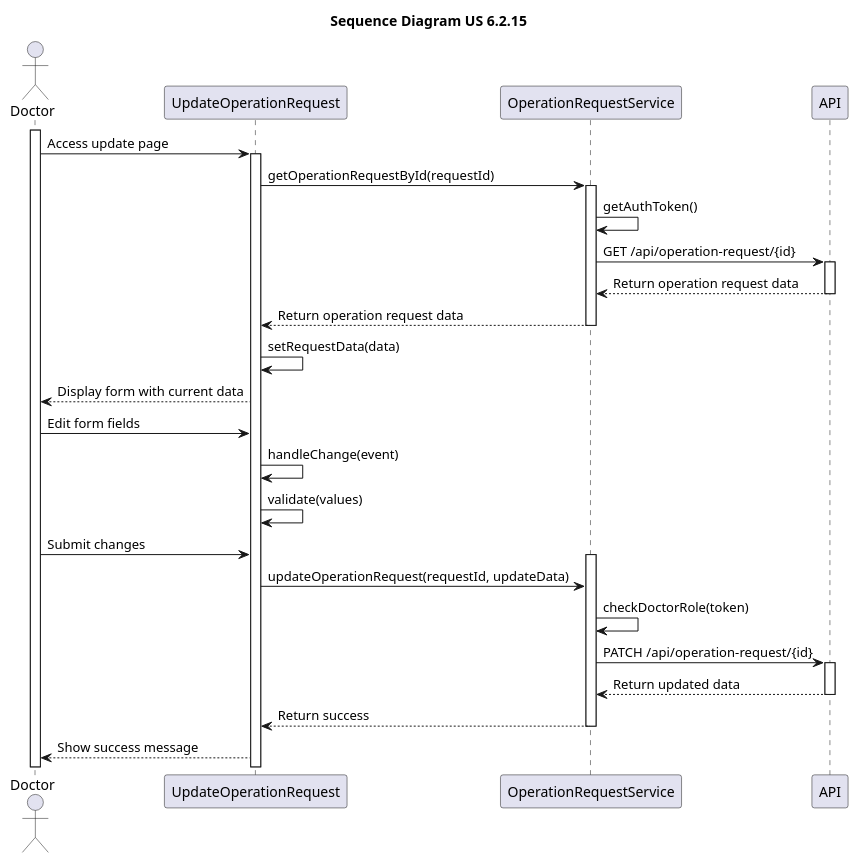
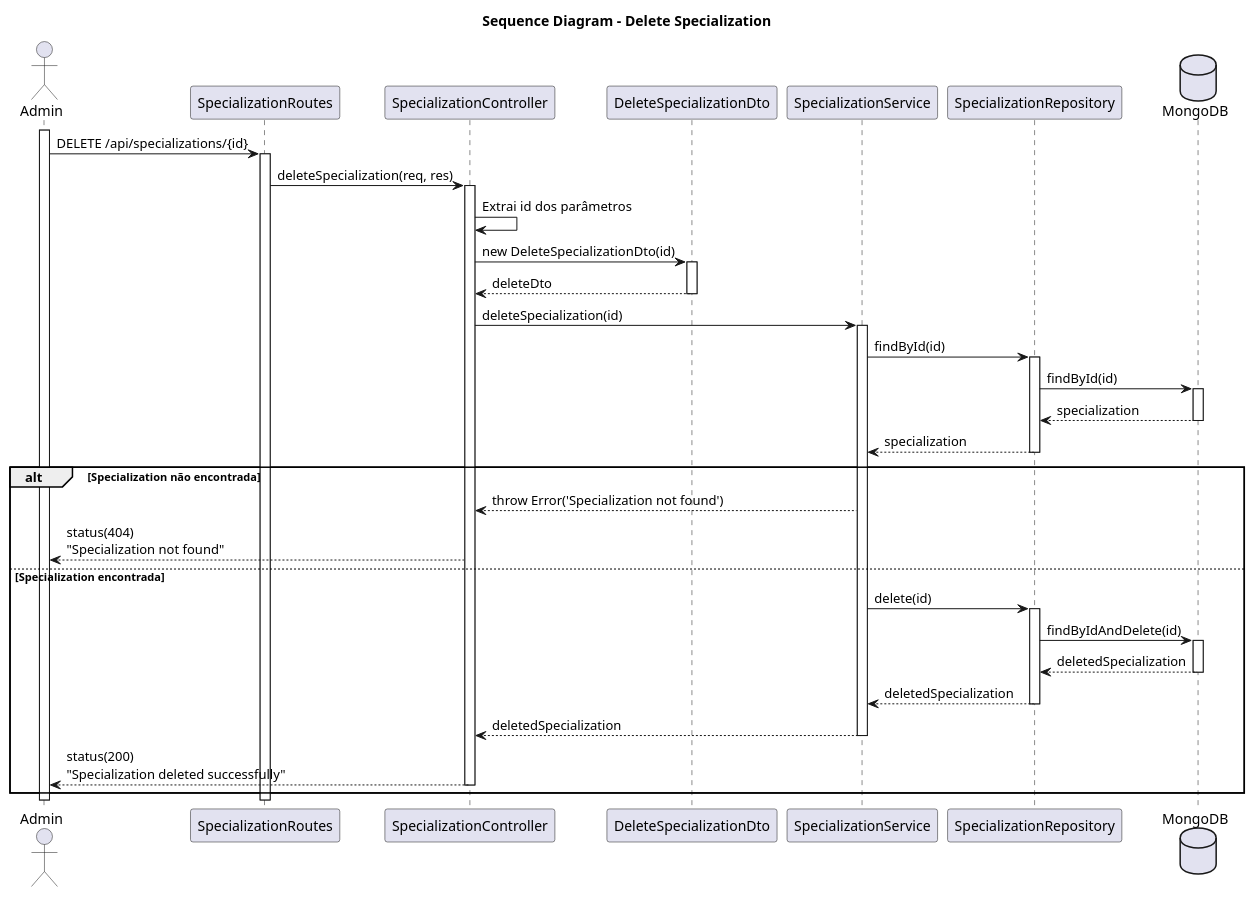
Before and after one commit to HugBar/3DC_G17: the diagram in docs/Sprint3/US 7.2.15/SD.puml, drawn with PlantUML. The commit also changed 9 other files, not shown here.

```diff
--- a/docs/Sprint3/US 7.2.15/SD.puml
+++ b/docs/Sprint3/US 7.2.15/SD.puml
@@ -1,40 +1,60 @@
-@startuml namespace
-title "Sequence Diagram US 6.2.15"
+@startuml SD US 7.2.15
+title "Sequence Diagram - Delete Specialization"
 
-actor Doctor
-participant UpdateOperationRequest
-participant OperationRequestService
-participant API
+actor Admin
+participant "SpecializationRoutes" as Routes
+participant "SpecializationController" as Controller
+participant "DeleteSpecializationDto" as DTO
+participant "SpecializationService" as Service
+participant "SpecializationRepository" as Repo
+database "MongoDB" as DB
 
-activate Doctor
-Doctor->UpdateOperationRequest: Access update page
-activate UpdateOperationRequest
-UpdateOperationRequest->OperationRequestService: getOperationRequestById(requestId)
-activate OperationRequestService
-OperationRequestService->OperationRequestService: getAuthToken()
-OperationRequestService->API: GET /api/operation-request/{id}
-activate API
-API-->OperationRequestService: Return operation request data
-deactivate API
-OperationRequestService-->UpdateOperationRequest: Return operation request data
-deactivate OperationRequestService
-UpdateOperationRequest->UpdateOperationRequest: setRequestData(data)
-UpdateOperationRequest-->Doctor: Display form with current data
+activate Admin
+Admin -> Routes: DELETE /api/specializations/{id}
+activate Routes
 
-Doctor->UpdateOperationRequest: Edit form fields
-UpdateOperationRequest->UpdateOperationRequest: handleChange(event)
-UpdateOperationRequest->UpdateOperationRequest: validate(values)
+Routes -> Controller: deleteSpecialization(req, res)
+activate Controller
 
-Doctor->UpdateOperationRequest: Submit changes
-activate OperationRequestService
-UpdateOperationRequest->OperationRequestService: updateOperationRequest(requestId, updateData)
-OperationRequestService->OperationRequestService: checkDoctorRole(token)
-OperationRequestService->API: PATCH /api/operation-request/{id}
-activate API
-API-->OperationRequestService: Return updated data
-deactivate API
-OperationRequestService-->UpdateOperationRequest: Return success
-deactivate OperationRequestService
-UpdateOperationRequest-->Doctor: Show success message
+Controller -> Controller: Extrai id dos parâmetros
 
+Controller -> DTO: new DeleteSpecializationDto(id)
+activate DTO
+DTO --> Controller: deleteDto
+deactivate DTO
+
+Controller -> Service: deleteSpecialization(id)
+activate Service
+
+Service -> Repo: findById(id)
+activate Repo
+Repo -> DB: findById(id)
+activate DB
+DB --> Repo: specialization
+deactivate DB
+Repo --> Service: specialization
+deactivate Repo
+
+alt Specialization não encontrada
+    Service --> Controller: throw Error('Specialization not found')
+    Controller --> Admin: status(404)\n"Specialization not found"
+else Specialization encontrada
+    Service -> Repo: delete(id)
+    activate Repo
+    Repo -> DB: findByIdAndDelete(id)
+    activate DB
+    DB --> Repo: deletedSpecialization
+    deactivate DB
+    Repo --> Service: deletedSpecialization
+    deactivate Repo
+    
+    Service --> Controller: deletedSpecialization
+    deactivate Service
+    
+    Controller --> Admin: status(200)\n"Specialization deleted successfully"
+    deactivate Controller
+end
+
+deactivate Routes
+deactivate Admin
 @enduml
```
